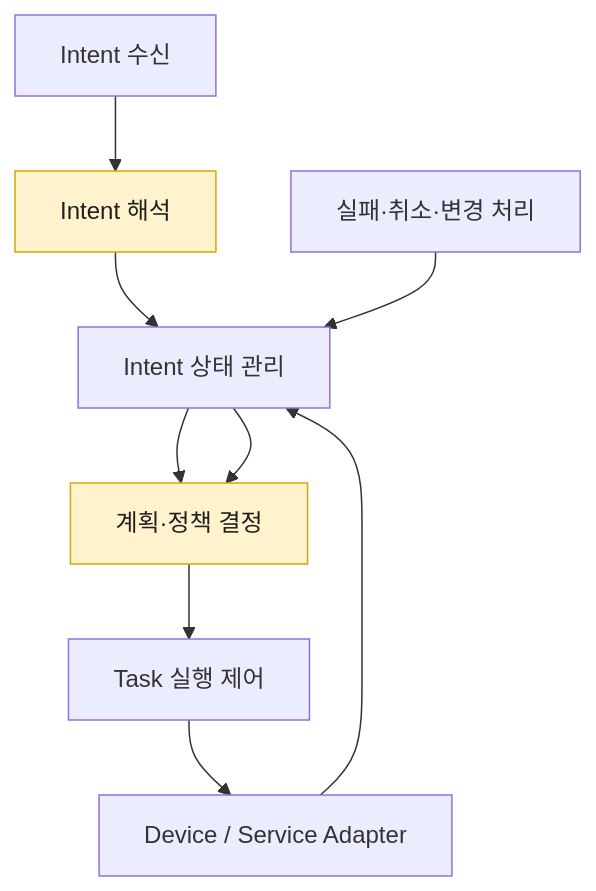
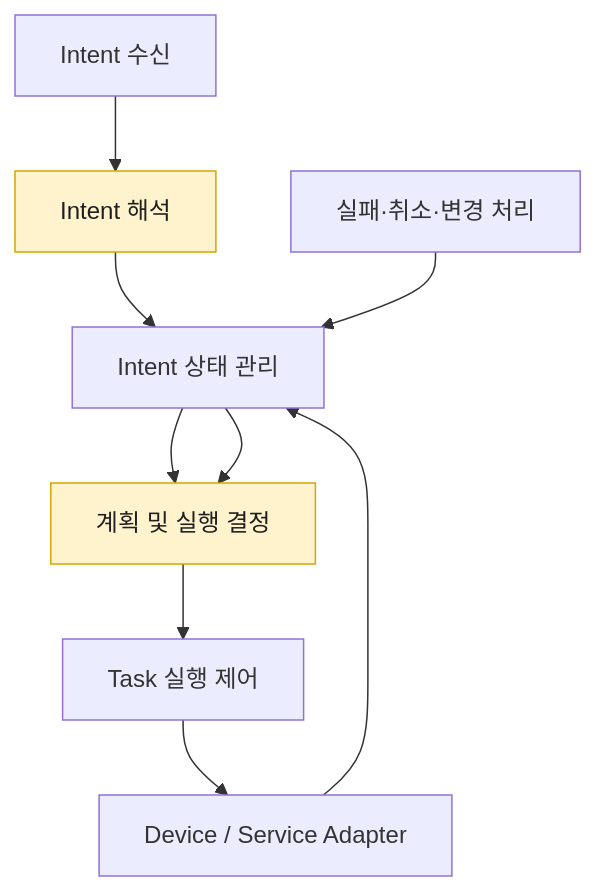
One commit to Sunwoo-Nam/architect-teamproject changed the first of 4 diagrams in docs/DP 후보안/DP11-Intent 실행 흐름의 상태 모델링 및 변경·복구 범위 관리 방식.md. Above: the diagram before and after it, drawn with Mermaid. The commit also changed other lines of this file, not shown here.

````diff
--- a/docs/DP 후보안/DP11-Intent 실행 흐름의 상태 모델링 및 변경·복구 범위 관리 방식.md
+++ b/docs/DP 후보안/DP11-Intent 실행 흐름의 상태 모델링 및 변경·복구 범위 관리 방식.md
@@ -43,16 +43,16 @@
 ```mermaid
 flowchart TB
     classDef llm fill:#fff3cd,stroke:#d6a600,color:#1f1f1f
 
     A["Intent 수신"] --> B["Intent 해석"]
     B --> C["Intent 상태 관리"]
-    C --> D["계획·정책 결정"]
+    C --> D["계획 및 실행 결정"]
     D --> E["Task 실행 제어"]
     E --> F["Device / Service Adapter"]
     F --> C
 
     G["실패·취소·변경 처리"] --> C
     C --> D
 
     class B,D llm
 ```
````
